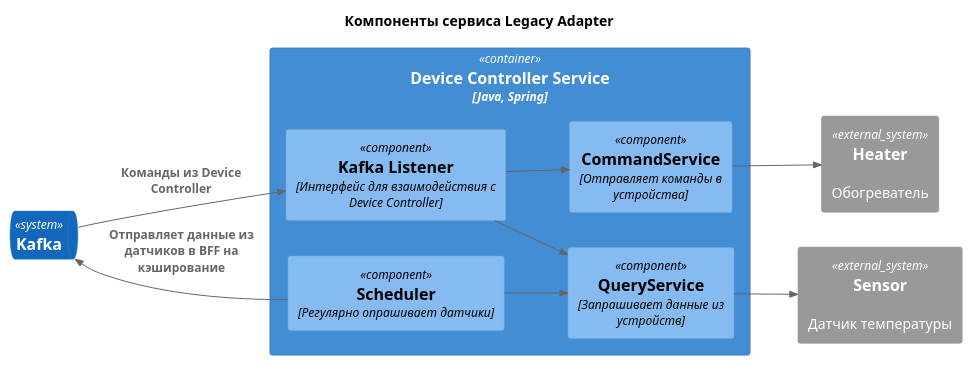
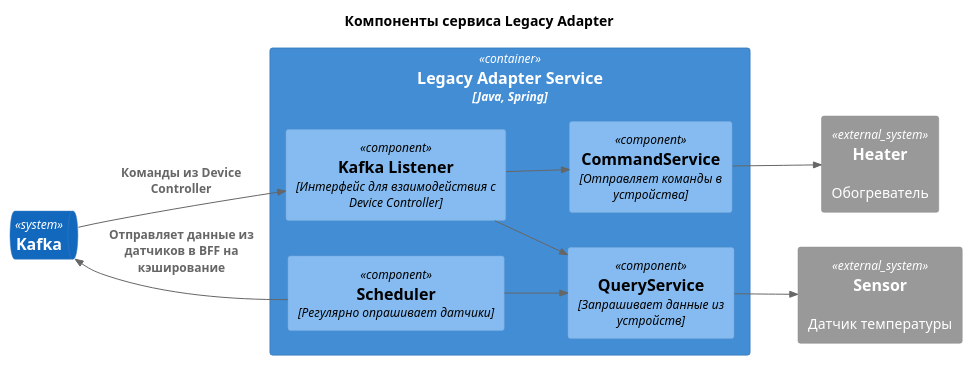
Before and after one commit to dbushenko/architecture-pro-warmhouse: the diagram in diagrams/component/next-component-legacy-adapter.puml, drawn with PlantUML.

Commit message:
Fixed diagram name

```diff
--- a/diagrams/component/next-component-legacy-adapter.puml
+++ b/diagrams/component/next-component-legacy-adapter.puml
@@ -1,28 +1,28 @@
 @startuml "next-component-legacy-adapter"
 !include ../C4_Component.puml
 
 title "Компоненты сервиса Legacy Adapter"
 
 left to right direction
 
 System_Ext(s, "Sensor", "Датчик температуры")
 System_Ext(d, "Heater", "Обогреватель")
 
 SystemQueue(kafka, "Kafka")
 
-Container(device_controller, "Device Controller Service", "Java, Spring") {
+Container(device_controller, "Legacy Adapter Service", "Java, Spring") {
     Component(ls, "Kafka Listener", "Интерфейс для взаимодействия с Device Controller")
     Component(qs, "QueryService", "Запрашивает данные из устройств")
     Component(cs, "CommandService", "Отправляет команды в устройства")
     Component(sc, "Scheduler", "Регулярно опрашивает датчики")
 }
 
 Rel(ls, qs, "")
 Rel(ls, cs, "")
 Rel(cs, d, "")
 Rel(qs, s, "")
 Rel(sc,qs,"")
 Rel(sc,kafka,"Отправляет данные из датчиков в BFF на кэширование")
 Rel(kafka, ls, "Команды из Device Controller")
 
 @enduml
```
